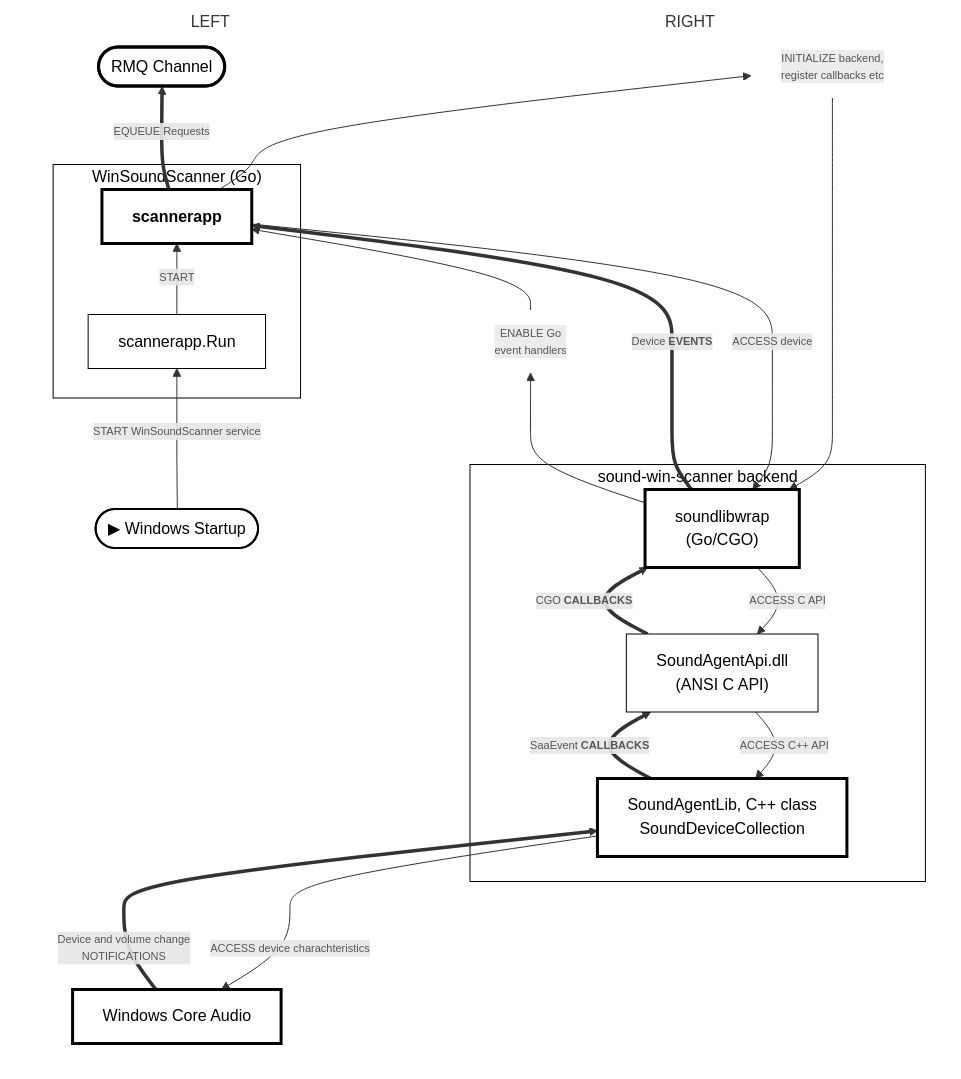
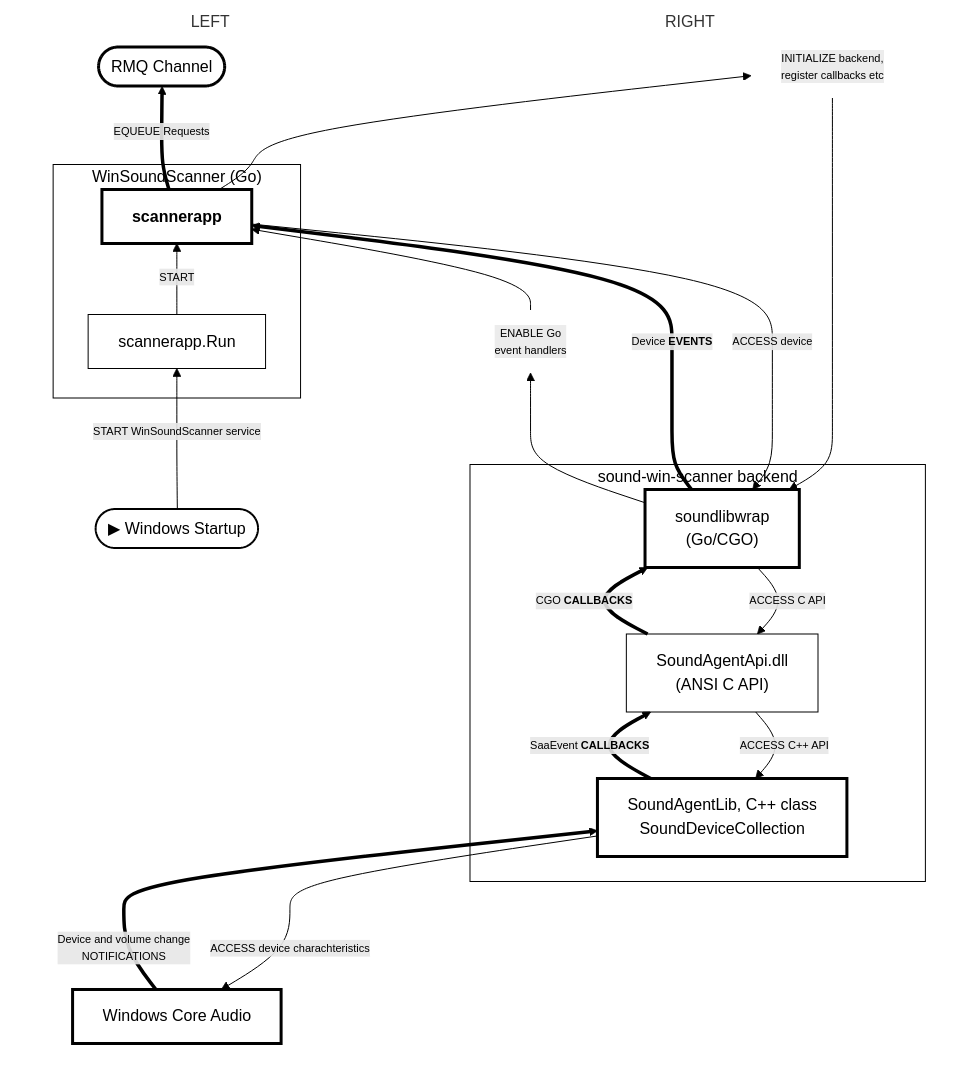
The diagram in docs/module-interaction02.mmd (collect-sound-devices/win-sound-dev-go-bridge), drawn with Mermaid before and after one commit. The commit also changed 1 other file, not shown here.

Commit message:
style: update flowchart styles to use currentColor for better theming support

```diff
--- a/docs/module-interaction02.mmd
+++ b/docs/module-interaction02.mmd
@@ -1,55 +1,56 @@
 flowchart BT
-  classDef edgeLabel fill:none,stroke:none,stroke-width:0px,color:#555,font-size:11px;
+  classDef edgeLabel fill:none,stroke:none,stroke-width:0px,color:currentColor,font-size:11px;
   classDef transparent fill:none,stroke:none;
 %%  classDef startPoint fill:#d4edda,stroke:#28a745,stroke-width:2px;
-  classDef startPoint fill:#fff,stroke:#000,stroke-width:2px;
-  classDef default fill:#fff,stroke:#000,color:#000;
-  classDef bold fill:#fff,stroke:#000,stroke-width:3px,color:#000;
+  classDef startPoint fill:transparent,stroke:currentColor,stroke-width:2px,color:currentColor;
+  classDef default fill:transparent,stroke:currentColor,color:currentColor;
+  classDef bold fill:transparent,stroke:currentColor,stroke-width:3px,color:currentColor;
+  linkStyle default stroke:currentColor,color:currentColor;
 subgraph LEFT
   WIN["Windows Core Audio"]:::bold
 
   SRV(["▶ Windows Startup"]):::startPoint
 
   subgraph WS["WinSoundScanner (Go)"]
     RUN["scannerapp.Run"]
     APP["<b>scannerapp</b>"]:::bold
   end
-  style WS fill:#fff,stroke:#000,color:#000
+  style WS fill:transparent,stroke:currentColor,color:currentColor
 
   CHAN(["RMQ Channel"]):::bold
 
   SRV --> |START WinSoundScanner service| RUN
   RUN --> |START| APP
 
   APP ==> |EQUEUE Requests| CHAN
 end
 class LEFT transparent
 
 subgraph RIGHT
   subgraph BCK["sound-win-scanner backend"]
 	WRAP["soundlibwrap<br>(Go/CGO)"]:::bold
 	DLL["SoundAgentApi.dll<br>(ANSI C API)"]
 	LIB["SoundAgentLib, C++ class <br>SoundDeviceCollection"]:::bold
   end
-  style BCK fill:#fff,stroke:#000,color:#000
+  style BCK fill:transparent,stroke:currentColor,color:currentColor
 
   L_GO["ENABLE Go<br>event handlers"]:::edgeLabel
   L_INIT["INITIALIZE backend,<br/>register callbacks etc"]:::edgeLabel
 
   WRAP --> L_GO --> APP
   APP --> L_INIT --> WRAP
 
   APP --> |ACCESS device| WRAP
   WRAP ==> |Device <b>EVENTS</b>| APP 
 
   WRAP --> |ACCESS C API| DLL
   DLL --> |ACCESS C++ API| LIB
 
   LIB ==>|SaaEvent <b>CALLBACKS</b>| DLL
   DLL ==>|CGO <b>CALLBACKS</b>| WRAP
 
 end
 class RIGHT transparent
 
 WIN ==> |Device and volume change<br>NOTIFICATIONS| LIB
 LIB --> |ACCESS device charachteristics| WIN
```
